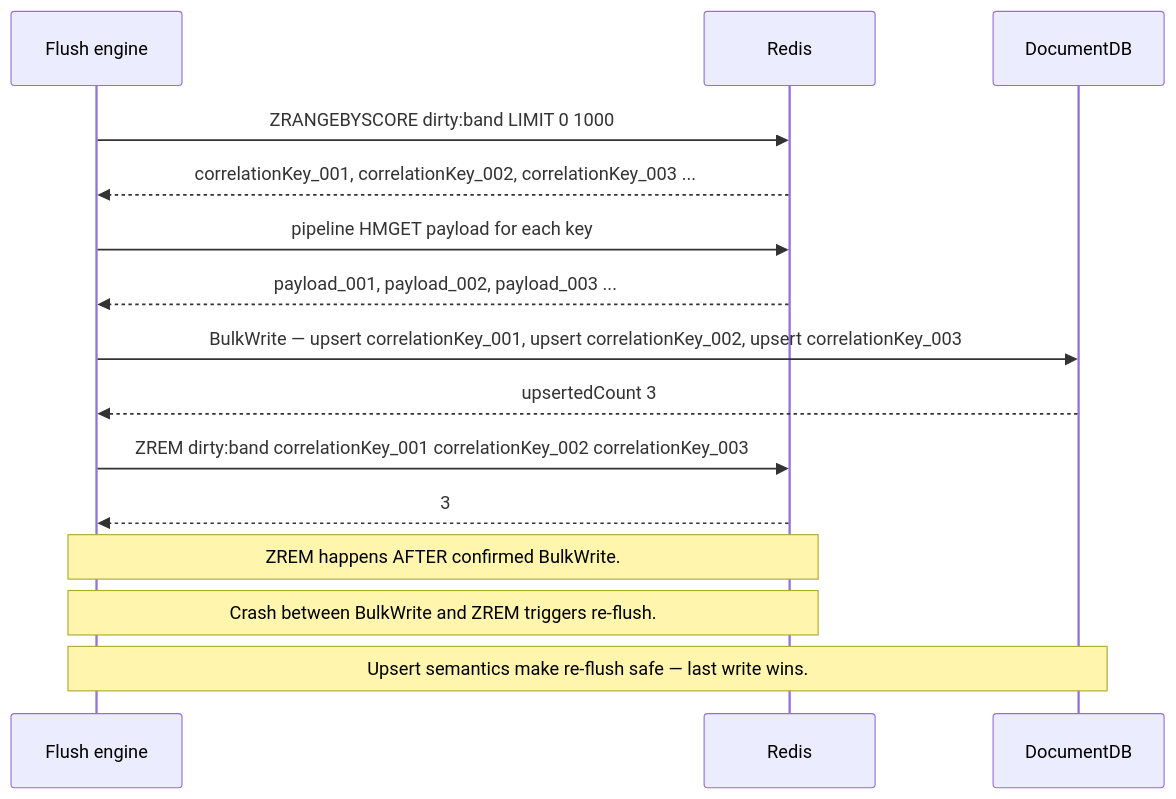
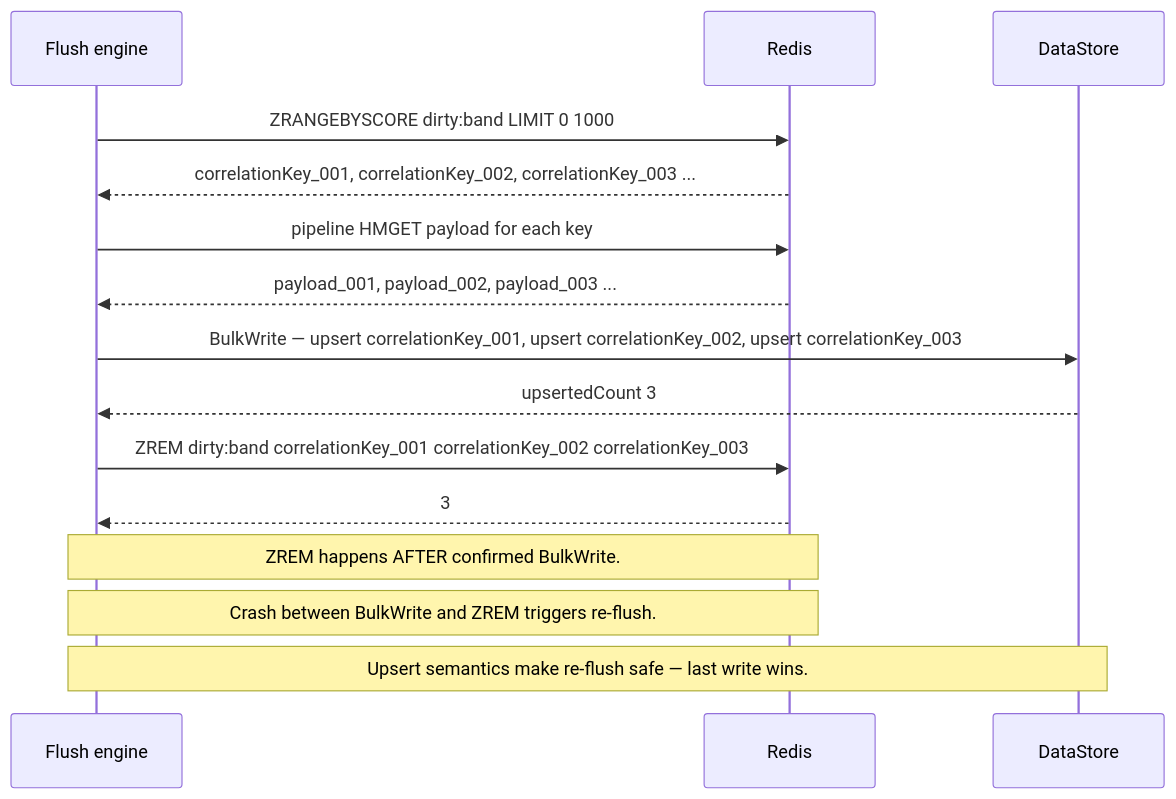
The sixth of 15 diagrams in README.md (hussainpithawala/sluice-go), drawn with Mermaid before and after one commit. The commit also changed other lines of this file and 1 other file, not shown here.

````diff
--- a/README.md
+++ b/README.md
@@ -196,22 +201,22 @@
 ```mermaid
 sequenceDiagram
     participant E as Flush engine
     participant R as Redis
-    participant D as DocumentDB
+    participant D as DataStore
 
     E->>R: ZRANGEBYSCORE dirty:band LIMIT 0 1000
     R-->>E: correlationKey_001, correlationKey_002, correlationKey_003 ...
 
     E->>R: pipeline HMGET payload for each key
     R-->>E: payload_001, payload_002, payload_003 ...
 
     E->>D: BulkWrite — upsert correlationKey_001, upsert correlationKey_002, upsert correlationKey_003
     D-->>E: upsertedCount 3
 
     E->>R: ZREM dirty:band correlationKey_001 correlationKey_002 correlationKey_003
     R-->>E: 3
 
     Note over E,R: ZREM happens AFTER confirmed BulkWrite.
     Note over E,R: Crash between BulkWrite and ZREM triggers re-flush.
     Note over E,D: Upsert semantics make re-flush safe — last write wins.
 ```
````
